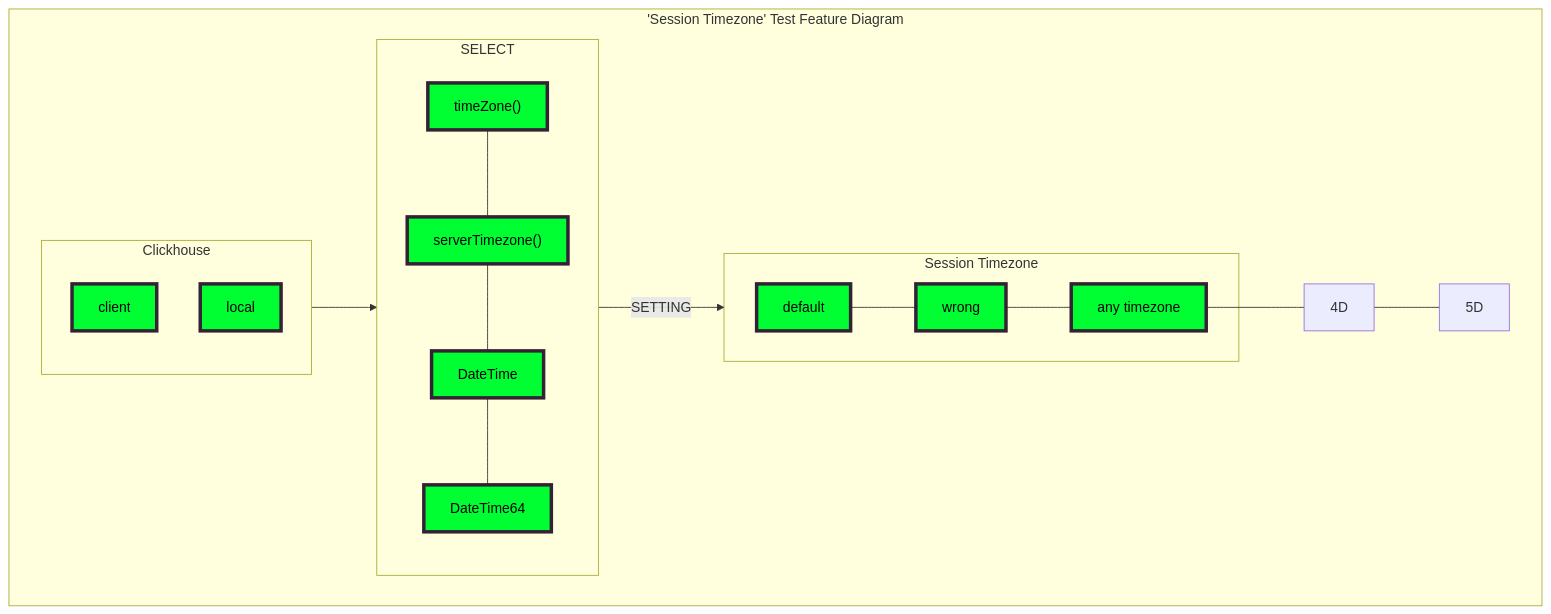
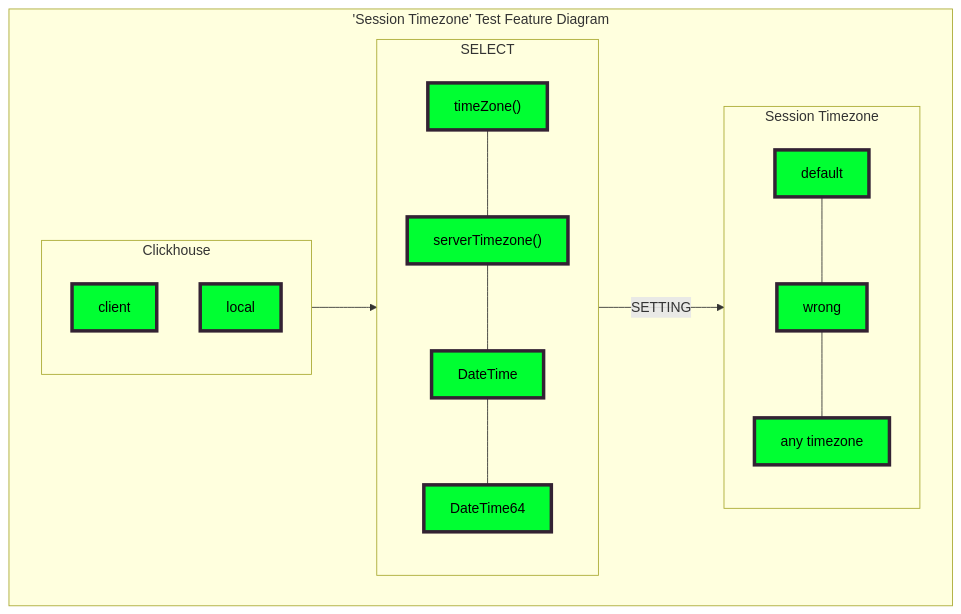
Before and after one commit to Altinity/clickhouse-regression: the diagram in session_timezone/requirements/requirements.md, drawn with Mermaid.

Commit message:
session timezone diagram upd.

````diff
--- a/session_timezone/requirements/requirements.md
+++ b/session_timezone/requirements/requirements.md
@@ -38,39 +38,39 @@
 ```mermaid
 flowchart TB;
 
   classDef yellow fill:#ffff32,stroke:#323,stroke-width:4px,color:black;
   classDef yellow2 fill:#ffff32,stroke:#323,stroke-width:4px,color:red;
   classDef green fill:#00ff32,stroke:#323,stroke-width:4px,color:black;
   classDef red fill:red,stroke:#323,stroke-width:4px,color:black;
   classDef blue fill:blue,stroke:#323,stroke-width:4px,color:white;
   
   subgraph O["'Session Timezone' Test Feature Diagram"]
   
   C-->A--"SETTING"-->D
 
   1A---2A---3A---4A
-  1D---2D---3D---4D---5D
+  1D---2D---3D
   
     subgraph C["Clickhouse"]
 
         1C["client"]:::green
         2C["local"]:::green
  
     end
   
     subgraph A["SELECT"]
 
         1A["timeZone()"]:::green
         2A["serverTimezone()"]:::green
         3A["DateTime"]:::green
         4A["DateTime64"]:::green
         
     end
     
     subgraph D["Session Timezone"]
         1D["default"]:::green
         2D["wrong"]:::green
         3D["any timezone"]:::green
     end
   end
 ```
````
